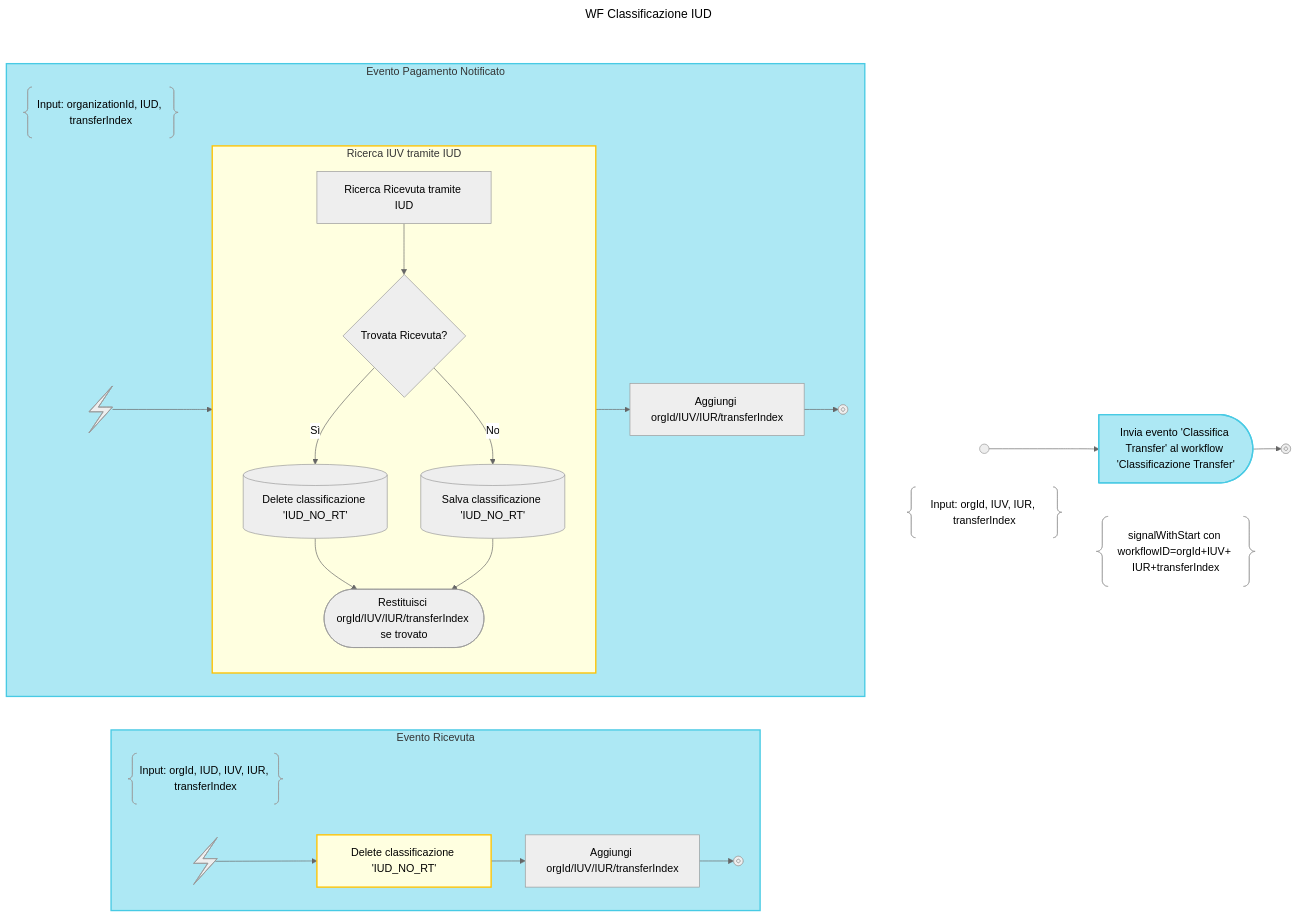
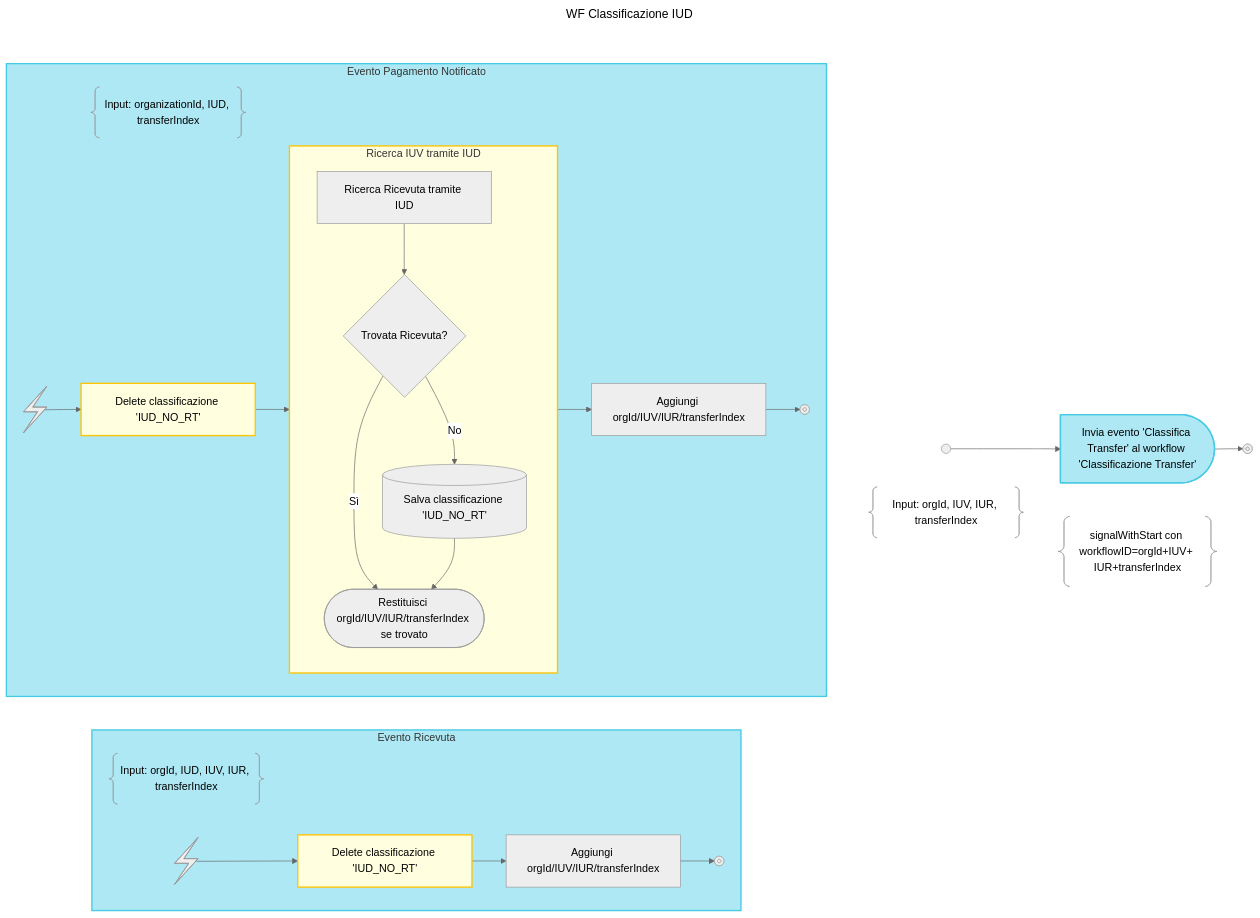
One commit to pagopa/p4pa-doc changed the diagram in design/workflow/classificazioneIncassi/06.classificazioneIud.mmd. Above: the diagram before and after it, drawn with Mermaid (neutral theme). The commit also changed 3 other files, not shown here.

```diff
--- a/design/workflow/classificazioneIncassi/06.classificazioneIud.mmd
+++ b/design/workflow/classificazioneIncassi/06.classificazioneIud.mmd
@@ -1,82 +1,83 @@
 ---
 title: WF Classificazione IUD
 config:
     flowchart:
         rankSpacing: 1
 ---
 flowchart TD
     subgraph WF_BLOCK
         subgraph NOTE_START_BLOCK
             DESCRIPTION@{ shape: braces, label: "Input: orgId, IUV, IUR, transferIndex" }
             START@{shape: start}
         end
         class NOTE_START_BLOCK hidden
 
         START -->
         SIGNAL_IUV:::send-signal@{shape: delay, label: "Invia evento 'Classifica Transfer' al workflow 'Classificazione Transfer'"}
 
         subgraph NOTE_SIGNAL_IUV_BLOCK
             SIGNAL_IUV
             NOTE_SIGNAL_IUV@{ shape: braces, label: "signalWithStart con workflowID=orgId+IUV+ IUR+transferIndex" }
         end
         class NOTE_SIGNAL_IUV_BLOCK note_block
 
         SIGNAL_IUV --> END@{shape: stop}
     end
     class WF_BLOCK hidden
 
     subgraph SIGNALS_BLOCK
     direction LR
 
         subgraph SIGNAL_RT_BLOCK["Evento Ricevuta"]
         direction LR
             DESCRIPTION_SIGNAL_RT@{ shape: braces, label: "Input: orgId, IUD, IUV, IUR, transferIndex" } -->
             DUMMY1:::hidden --> DUMMY2:::hidden--> DUMMY3:::hidden
             linkStyle 2,3,4 display:none
 
             SIGNAL_RT@{ shape: bolt } -->
             DELETE_CLASSIFY_NULL_IUV:::activity@{label: "Delete classificazione 'IUD_NO_RT'"} -->
             ADD_RT_IUV["Aggiungi orgId/IUV/IUR/transferIndex "] -->
             SIGNAL_RT_END@{ shape: "stop" }
         end
         class SIGNAL_RT_BLOCK signal_block
 
         subgraph SIGNAL_RN_BLOCK["Evento Pagamento Notificato"]
         direction LR
             DESCRIPTION_SIGNAL_RN@{ shape: braces, label: "Input: organizationId, IUD, transferIndex" } -->
             DUMMY4:::hidden --> DUMMY5:::hidden --> DUMMY6:::hidden
             linkStyle 8,9,10 display:none;
 
 
 
-            SIGNAL_RN@{ shape: bolt } --> FIND_RT_ACTIVITY
+            SIGNAL_RN@{ shape: bolt } -->
+            DELETE_RN_ANOMALY:::activity@{label: "Delete classificazione 'IUD_NO_RT'"} -->
+            FIND_RT_ACTIVITY
 
             subgraph FIND_RT_ACTIVITY["Ricerca IUV tramite IUD"]
                 FIND_RT_IUD["Ricerca Ricevuta tramite IUD"] -->
                 EXISTS_RT_IUD{"Trovata Ricevuta?"}
 
                 EXISTS_RT_IUD -->
-                |Sì|DELETE_RN_ANOMALY@{shape: database, label: "Delete classificazione 'IUD_NO_RT'"} -->
-                RETURN_RT_IUV@{shape: terminal, label: "Restituisci orgId/IUV/IUR/transferIndex se trovato"}
+                |Sì|RETURN_RT_IUV@{shape: terminal, label: "Restituisci orgId/IUV/IUR/transferIndex se trovato"}
 
                 EXISTS_RT_IUD -->
                 |No|SAVE_RN_ANOMALY@{shape: database, label: "Salva classificazione 'IUD_NO_RT'"} -->
                 RETURN_RT_IUV
             end
             class FIND_RT_ACTIVITY activity
 
             FIND_RT_ACTIVITY -->
             ADD_RN_IUV["Aggiungi orgId/IUV/IUR/transferIndex "] -->
             SIGNAL_RN_END@{ shape: "stop" }
 
         end
         class SIGNAL_RN_BLOCK signal_block
     end
     class SIGNALS_BLOCK hidden
 
     classDef note_block display:none;
     classDef hidden display:none;
     classDef activity fill:#FFFFE0, stroke:#ffc300, stroke-width:2px;
     classDef loop fill:#CCFFCC, stroke:#7FBF7F, stroke-width:2px, padding-bottom: 5px;
     classDef signal_block fill:#ade8f4, stroke:#48cae4, stroke-width:2px
     classDef send-signal fill:#ade8f4, stroke:#48cae4, stroke-width:2px
```
